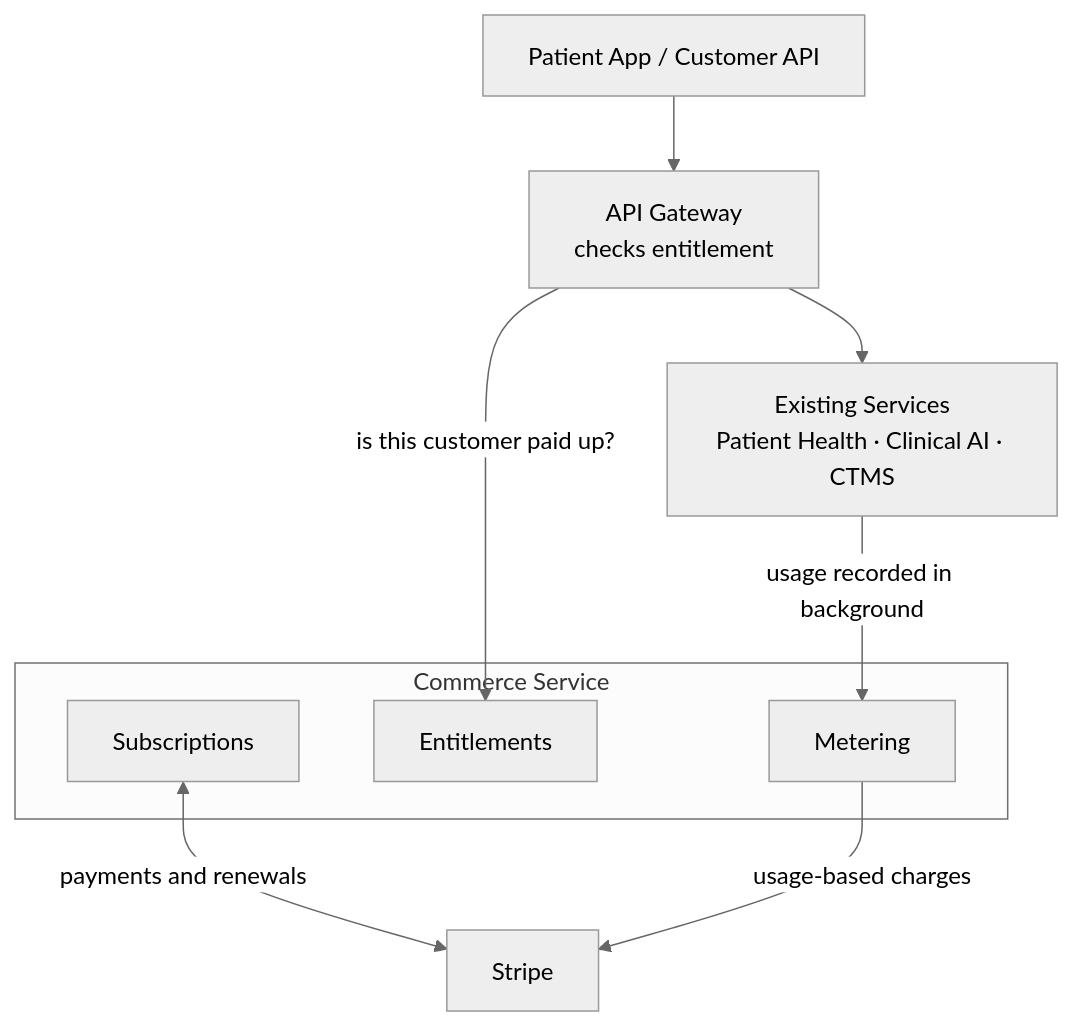
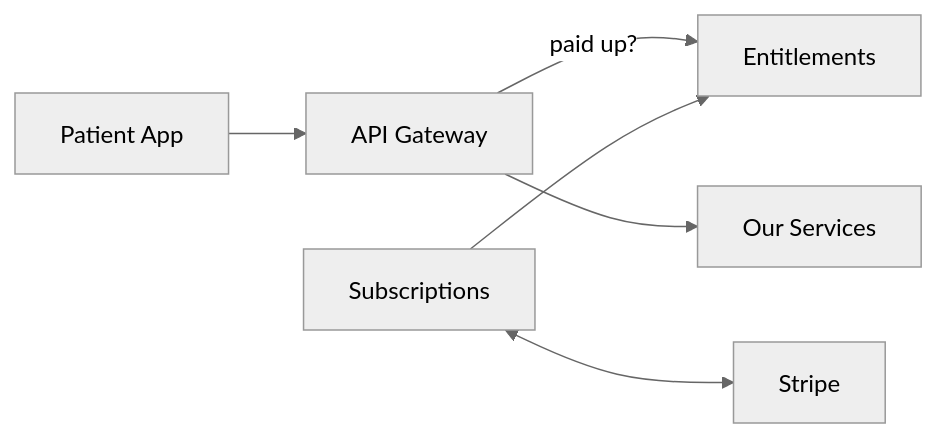
Before and after one commit to rajhekma/hekma-platform: the first of 4 diagrams in docs/MONETIZATION_ROADMAP.md, drawn with Mermaid (neutral theme). The commit also changed other lines of this file, not shown here.

Commit message:
Simplify monetization roadmap: per-service design and timelines

````diff
--- a/docs/MONETIZATION_ROADMAP.md
+++ b/docs/MONETIZATION_ROADMAP.md
@@ -43,16 +30,8 @@
 ```mermaid
-flowchart TB
-    APP[Patient App / Customer API] --> GW[API Gateway<br/>checks entitlement]
-    GW --> SVC[Existing Services<br/>Patient Health · Clinical AI · CTMS]
-
-    subgraph COM [Commerce Service]
-        SUB[Subscriptions]
-        ENT[Entitlements]
-        MET[Metering]
-    end
-
-    GW -->|is this customer paid up?| ENT
-    SVC -->|usage recorded in background| MET
-    SUB <-->|payments and renewals| STRIPE[Stripe]
-    MET -->|usage-based charges| STRIPE
+flowchart LR
+    APP[Patient App] --> GW[API Gateway]
+    GW -->|paid up?| ENT[Entitlements]
+    GW --> SVC[Our Services]
+    SUB[Subscriptions] --> ENT
+    SUB <--> STRIPE[Stripe]
 ```
````
